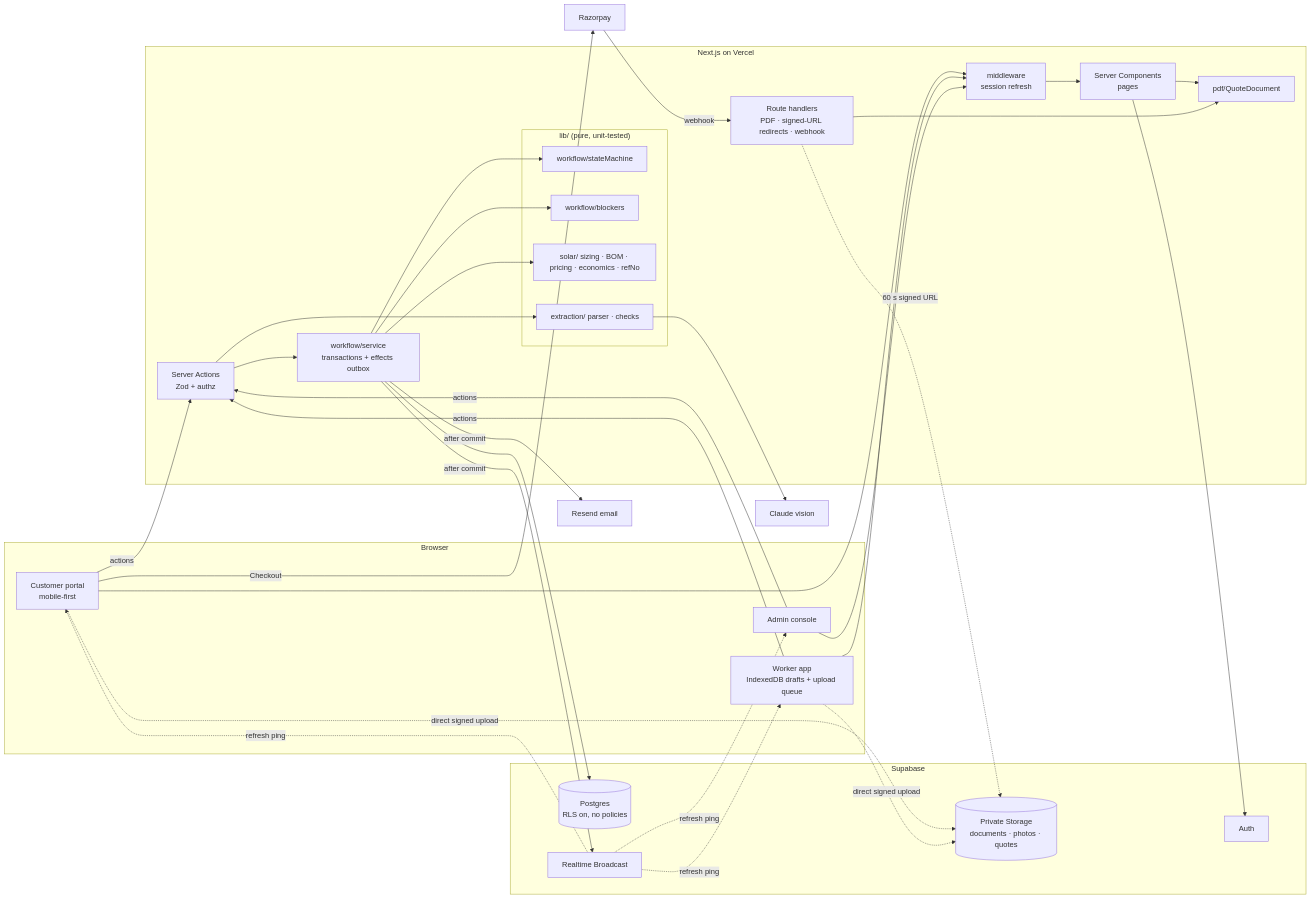
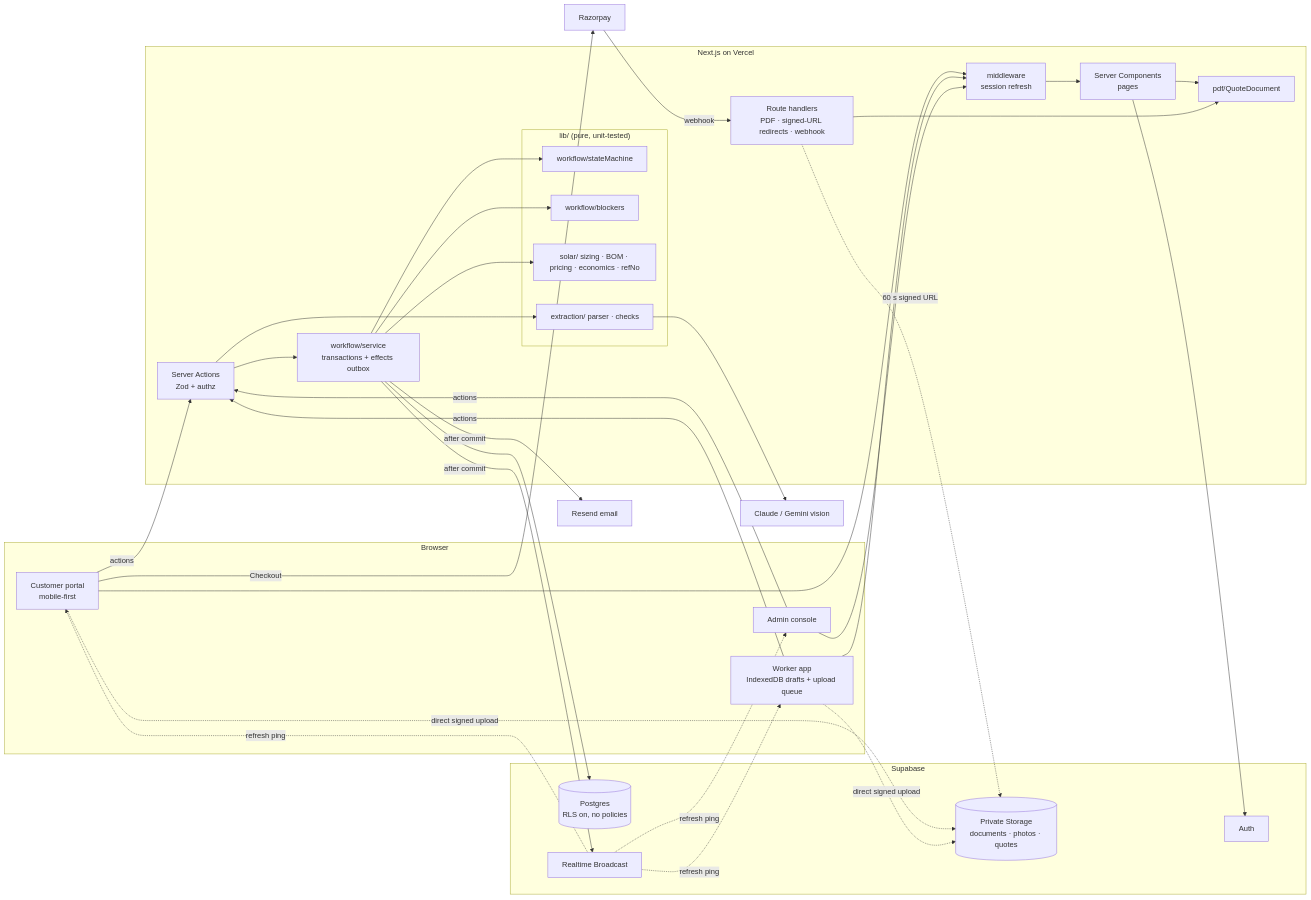
Before and after one commit to Sohangi-Singh/Lumora-Ops-Platform: the first of 3 diagrams in README.md, drawn with Mermaid. The commit also changed other lines of this file and 13 other files, not shown here.

````diff
--- a/README.md
+++ b/README.md
@@ -71,43 +251,43 @@
 ```mermaid
 flowchart LR
   subgraph Browser
     C[Customer portal<br/>mobile-first]
     W[Worker app<br/>IndexedDB drafts + upload queue]
     A[Admin console]
   end
   subgraph Vercel["Next.js on Vercel"]
     MW[middleware<br/>session refresh]
     RSC[Server Components<br/>pages]
     SA[Server Actions<br/>Zod + authz]
     API[Route handlers<br/>PDF · signed-URL redirects · webhook]
     subgraph Domain["lib/ (pure, unit-tested)"]
       SM[workflow/stateMachine]
       BL[workflow/blockers]
       SOL[solar/ sizing · BOM · pricing · economics · refNo]
       EX[extraction/ parser · checks]
     end
     SVC[workflow/service<br/>transactions + effects outbox]
     PDF[pdf/QuoteDocument]
   end
   subgraph Supabase
     PG[(Postgres<br/>RLS on, no policies)]
     AUTH[Auth]
     ST[(Private Storage<br/>documents · photos · quotes)]
     RT[Realtime Broadcast]
   end
   RZP[Razorpay]
-  CL[Claude vision]
+  AI[Claude / Gemini vision]
   RS[Resend email]
 
   C & W & A --> MW --> RSC
   C & W & A -- actions --> SA --> SVC --> PG
   SVC --> SM & BL & SOL
-  SA --> EX --> CL
+  SA --> EX --> AI
   RSC & API --> PDF
   C & W -. direct signed upload .-> ST
   API -. 60 s signed URL .-> ST
   SVC -- after commit --> RT -. refresh ping .-> C & W & A
   SVC -- after commit --> RS
   C -- Checkout --> RZP -- webhook --> API
   RSC --> AUTH
 ```
````
